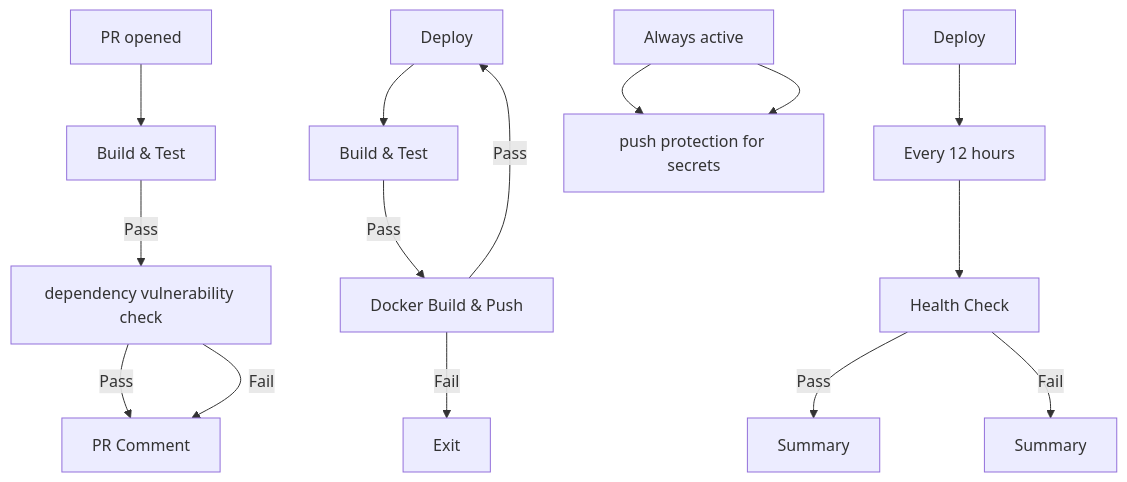
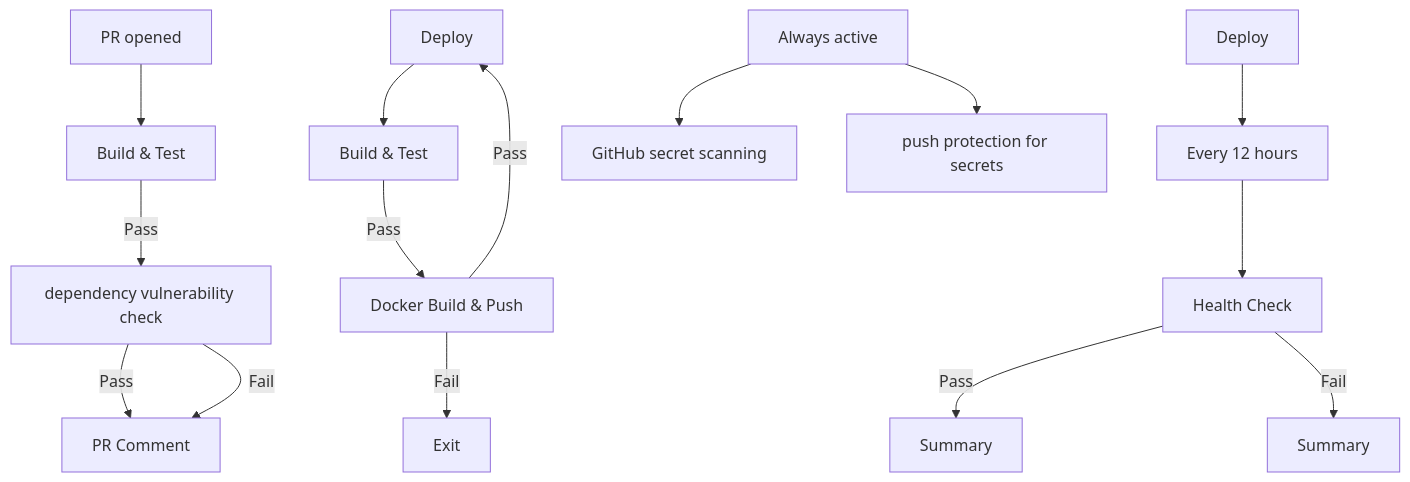
One commit to Afroz-J-Shaikh/github-actions-capstone changed the diagram in README.md. Above: the diagram before and after it, drawn with Mermaid.

````diff
--- a/README.md
+++ b/README.md
@@ -34,20 +34,20 @@
 ```mermaid
 graph TD
     A[PR opened] --> B[Build & Test]
     B -->|Pass| C[dependency vulnerability check]
     C -->|Pass| D[PR Comment]
     C -->|Fail| D[PR Comment]
     
     E[Merge to main] --> F[Build & Test]
     F -->|Pass| G[Docker Build & Push]
     G -->|Pass| E[Deploy]
     G -->|Fail| H[Exit]
     
     I[Deploy] --> J[Every 12 hours]
     J --> K[Health Check]
     K -->|Pass| L[Summary]
     K -->|Fail| M[Summary]
 
     N[Always active] --> O[GitHub secret scanning]
-    N[Always active] --> O[push protection for secrets]
+    N --> P[push protection for secrets]
 ```
````
